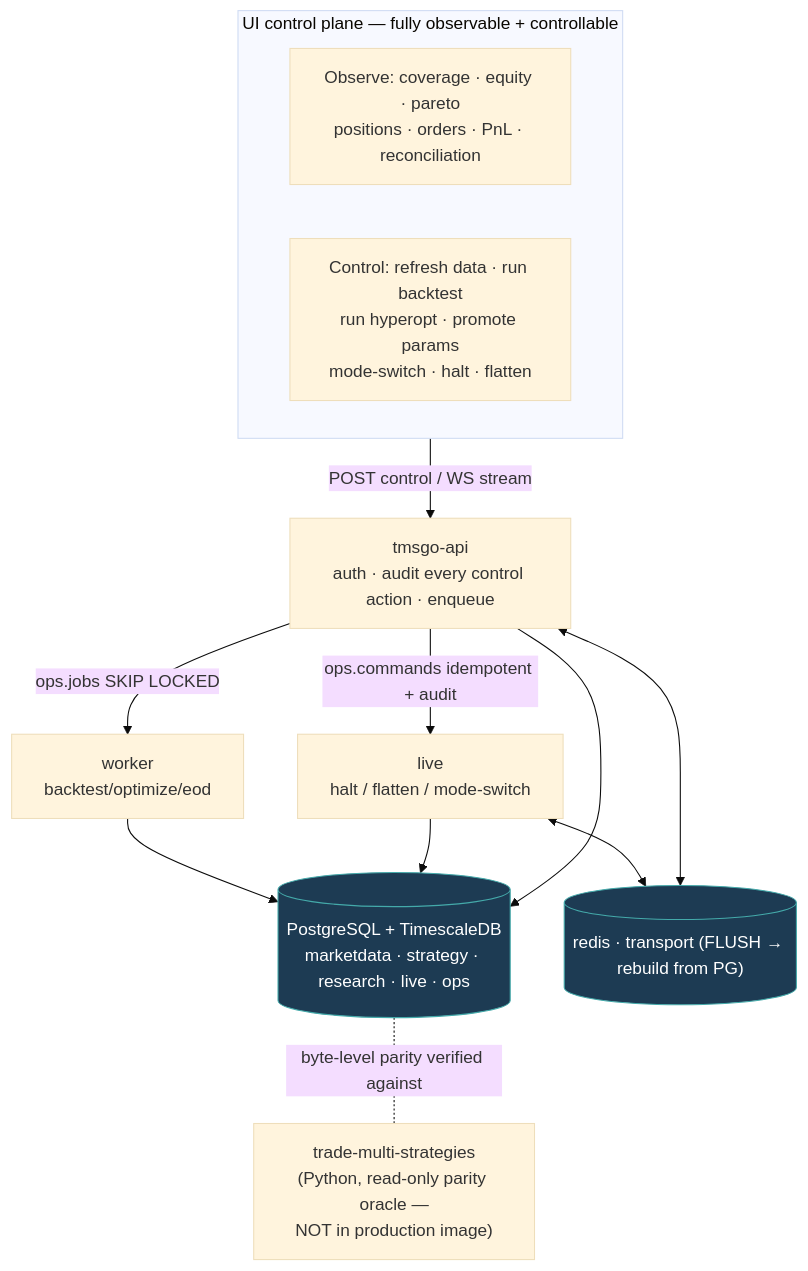
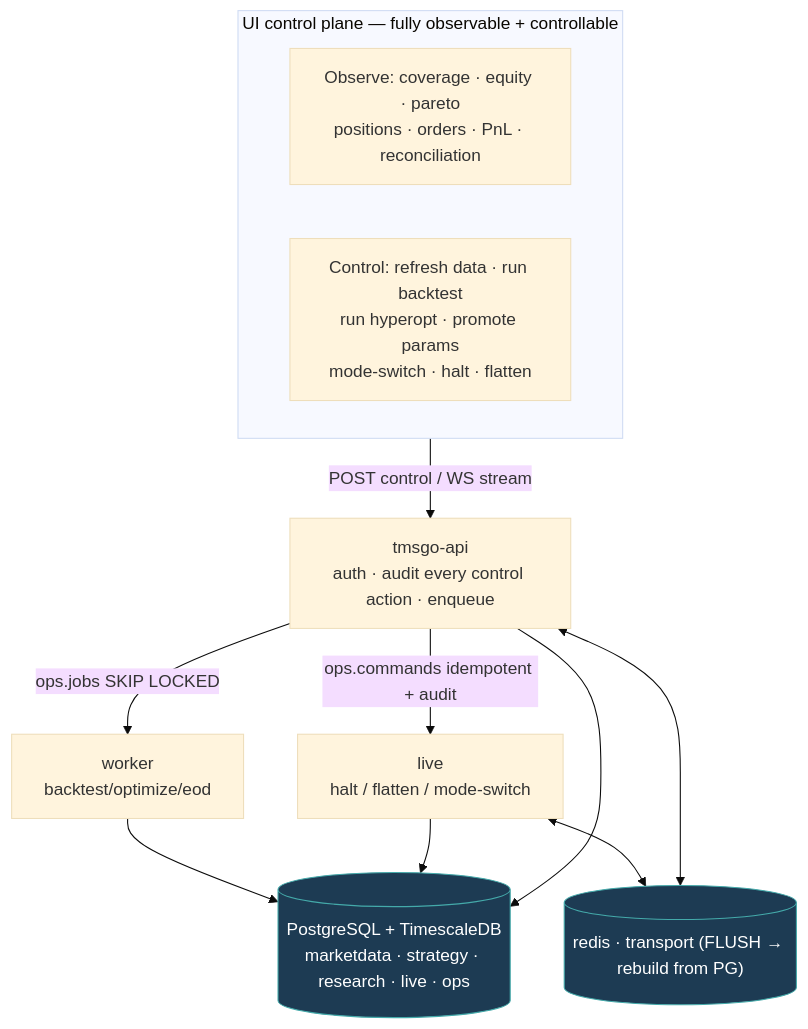
Before and after one commit to byjackchen/trade-tms-go: the third of 3 diagrams in docs/architecture.md, drawn with Mermaid (base theme). The commit also changed other lines of this file and 327 other files, not shown here.

````diff
--- a/docs/architecture.md
+++ b/docs/architecture.md
@@ -79,26 +78,24 @@
 ```mermaid
 flowchart TB
-    subgraph uiplane["UI control plane — fully observable + controllable"]
-      obs["Observe: coverage · equity · pareto<br/>positions · orders · PnL · reconciliation"]
-      ctl["Control: refresh data · run backtest<br/>run hyperopt · promote params<br/>mode-switch · halt · flatten"]
-    end
-    api["tmsgo-api<br/>auth · audit every control action · enqueue"]
-    worker["worker<br/>backtest/optimize/eod"]
-    live["live<br/>halt / flatten / mode-switch"]
-    pg[("PostgreSQL + TimescaleDB<br/>marketdata · strategy · research · live · ops")]
-    redis[("redis · transport (FLUSH → rebuild from PG)")]
-    oracle["trade-multi-strategies<br/>(Python, read-only parity oracle —<br/>NOT in production image)"]
+ subgraph uiplane["UI control plane — fully observable + controllable"]
+ obs["Observe: coverage · equity · pareto<br/>positions · orders · PnL · reconciliation"]
+ ctl["Control: refresh data · run backtest<br/>run hyperopt · promote params<br/>mode-switch · halt · flatten"]
+ end
+ api["tmsgo-api<br/>auth · audit every control action · enqueue"]
+ worker["worker<br/>backtest/optimize/eod"]
+ live["live<br/>halt / flatten / mode-switch"]
+ pg[("PostgreSQL + TimescaleDB<br/>marketdata · strategy · research · live · ops")]
+ redis[("redis · transport (FLUSH → rebuild from PG)")]
 
-    uiplane -->|POST control / WS stream| api
-    api -->|ops.jobs SKIP LOCKED| worker
-    api -->|ops.commands idempotent + audit| live
-    worker --> pg
-    live --> pg
-    api --> pg
-    live <--> redis
-    api <--> redis
-    pg -. "byte-level parity verified against" .- oracle
+ uiplane -->|POST control / WS stream| api
+ api -->|ops.jobs SKIP LOCKED| worker
+ api -->|ops.commands idempotent + audit| live
+ worker --> pg
+ live --> pg
+ api --> pg
+ live <--> redis
+ api <--> redis
 
-    classDef db fill:#1d3b53,stroke:#4aa,color:#fff
-    class pg,redis db
+ classDef db fill:#1d3b53,stroke:#4aa,color:#fff
+ class pg,redis db
 ```
````
